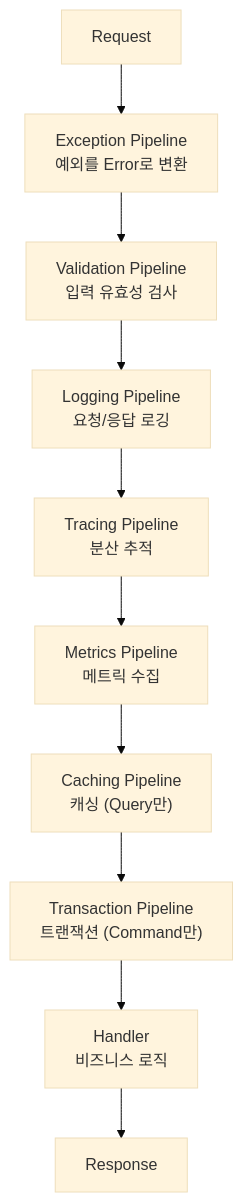
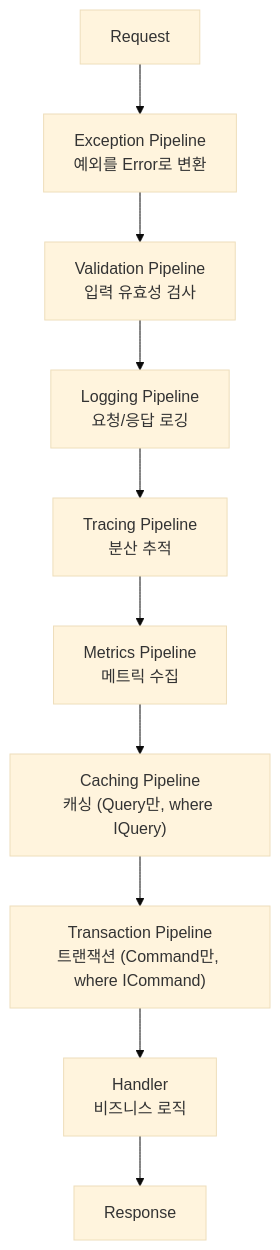
One commit to hhko/Functorium changed the diagram in Docs.Site/src/content/docs/tutorials/usecase-pipeline/Part0-Introduction/03-usecase-pipeline-overview.md. Above: the diagram before and after it, drawn with Mermaid (base theme). The commit also changed 3 other files, not shown here.

First line of the commit message:
docs(tutorials): usecase-pipeline 튜토리얼에 where 제약 조건 개선 반영

````diff
--- a/Docs.Site/src/content/docs/tutorials/usecase-pipeline/Part0-Introduction/03-usecase-pipeline-overview.md
+++ b/Docs.Site/src/content/docs/tutorials/usecase-pipeline/Part0-Introduction/03-usecase-pipeline-overview.md
@@ -11,12 +11,12 @@
 ```mermaid
 flowchart TB
   Request --> Exception["Exception Pipeline<br/>예외를 Error로 변환"]
   Exception --> Validation["Validation Pipeline<br/>입력 유효성 검사"]
   Validation --> Logging["Logging Pipeline<br/>요청/응답 로깅"]
   Logging --> Tracing["Tracing Pipeline<br/>분산 추적"]
   Tracing --> Metrics["Metrics Pipeline<br/>메트릭 수집"]
-  Metrics --> Caching["Caching Pipeline<br/>캐싱 (Query만)"]
-  Caching --> Transaction["Transaction Pipeline<br/>트랜잭션 (Command만)"]
+  Metrics --> Caching["Caching Pipeline<br/>캐싱 (Query만, where IQuery)"]
+  Caching --> Transaction["Transaction Pipeline<br/>트랜잭션 (Command만, where ICommand)"]
   Transaction --> Handler["Handler<br/>비즈니스 로직"]
   Handler --> Response
 ```
````
